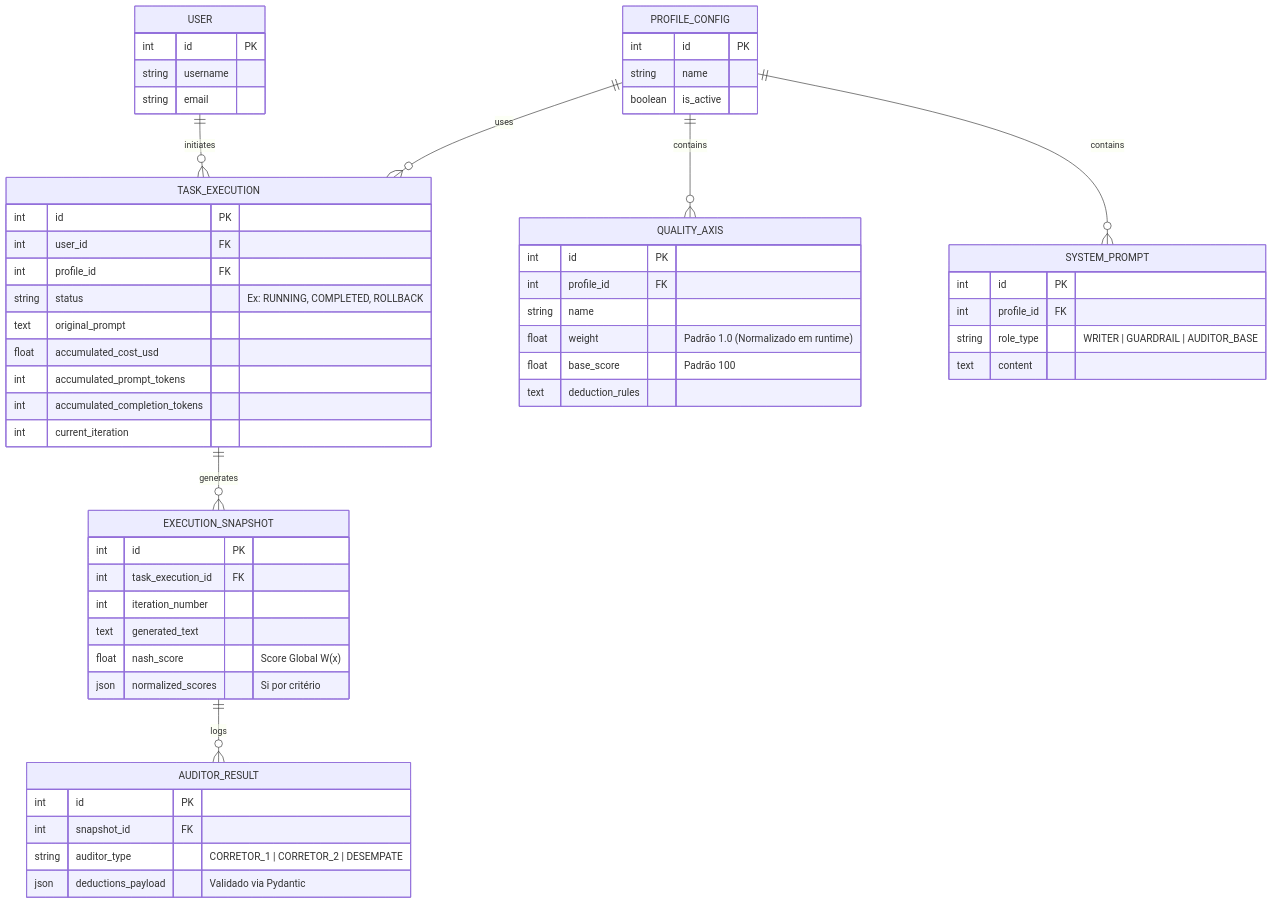
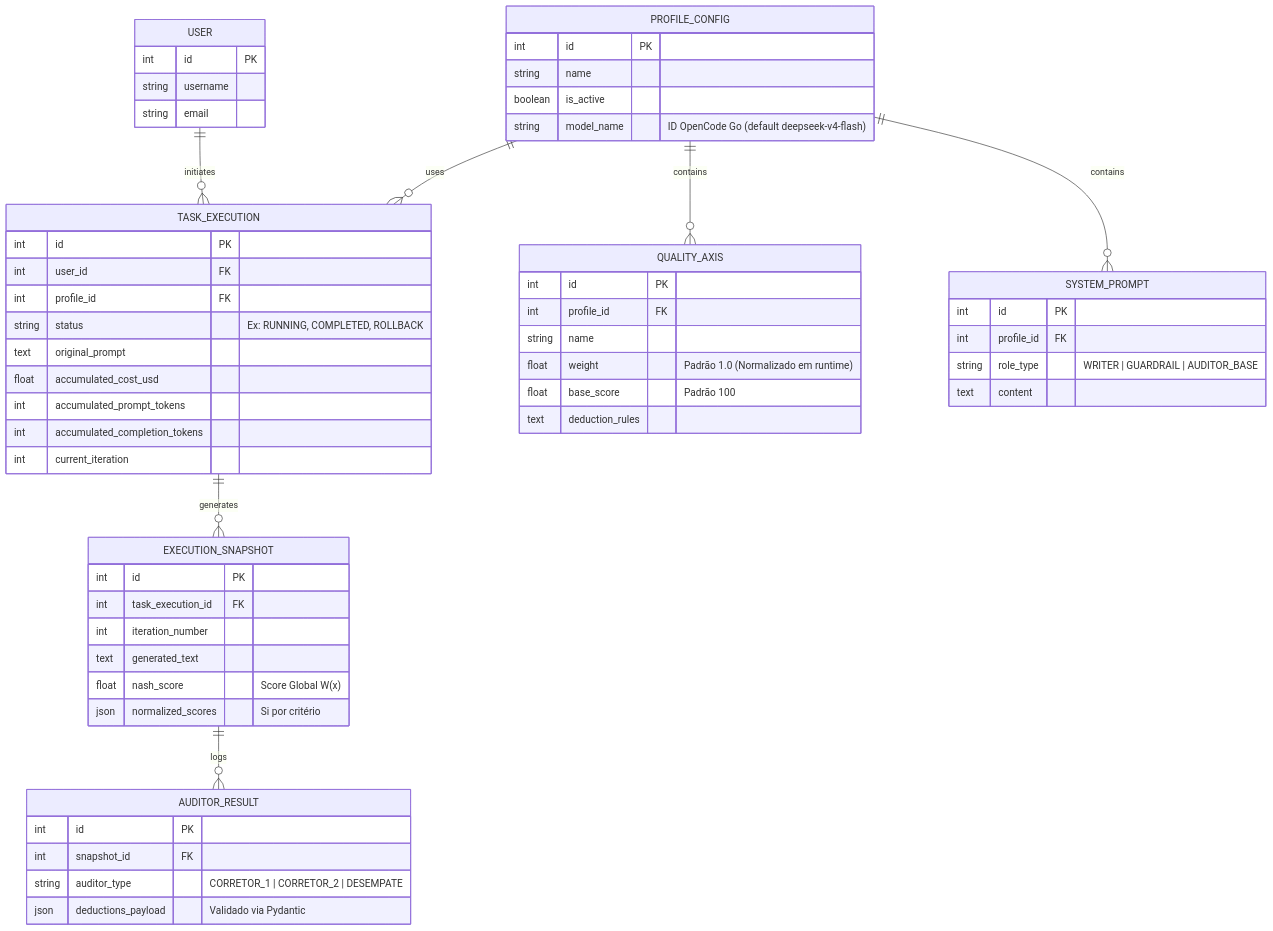
Before and after one commit to ayrtonnotrya/lexicraft: the second of 4 diagrams in docs/ARCHITECTURE.md, drawn with Mermaid. The commit also changed other lines of this file and 3 other files, not shown here.

First line of the commit message:
docs: integrate OpenCode Go provider and dynamic model catalog

````diff
--- a/docs/ARCHITECTURE.md
+++ b/docs/ARCHITECTURE.md
@@ -79,65 +79,66 @@
 ```mermaid
 erDiagram
     USER ||--o{ TASK_EXECUTION : initiates
     PROFILE_CONFIG ||--o{ QUALITY_AXIS : contains
     PROFILE_CONFIG ||--o{ SYSTEM_PROMPT : contains
     PROFILE_CONFIG ||--o{ TASK_EXECUTION : uses
     TASK_EXECUTION ||--o{ EXECUTION_SNAPSHOT : generates
     EXECUTION_SNAPSHOT ||--o{ AUDITOR_RESULT : logs
 
     USER {
         int id PK
         string username
         string email
     }
 
     PROFILE_CONFIG {
         int id PK
         string name
         boolean is_active
+        string model_name "ID OpenCode Go (default deepseek-v4-flash)"
     }
 
     QUALITY_AXIS {
         int id PK
         int profile_id FK
         string name
         float weight "Padrão 1.0 (Normalizado em runtime)"
         float base_score "Padrão 100"
         text deduction_rules
     }
 
     SYSTEM_PROMPT {
         int id PK
         int profile_id FK
         string role_type "WRITER | GUARDRAIL | AUDITOR_BASE"
         text content
     }
 
     TASK_EXECUTION {
         int id PK
         int user_id FK
         int profile_id FK
         string status "Ex: RUNNING, COMPLETED, ROLLBACK"
         text original_prompt
         float accumulated_cost_usd
         int accumulated_prompt_tokens
         int accumulated_completion_tokens
         int current_iteration
     }
 
     EXECUTION_SNAPSHOT {
         int id PK
         int task_execution_id FK
         int iteration_number
         text generated_text
         float nash_score "Score Global W(x)"
         json normalized_scores "Si por critério"
     }
 
     AUDITOR_RESULT {
         int id PK
         int snapshot_id FK
         string auditor_type "CORRETOR_1 | CORRETOR_2 | DESEMPATE"
         json deductions_payload "Validado via Pydantic"
     }
 ```
````
